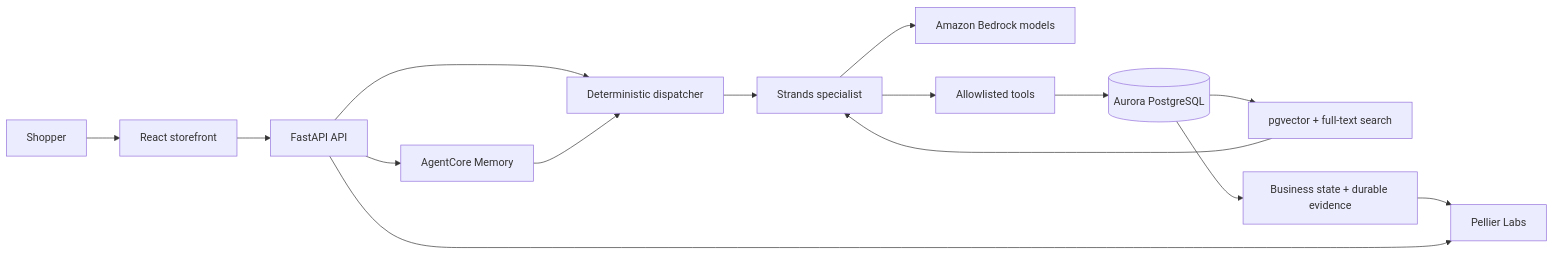
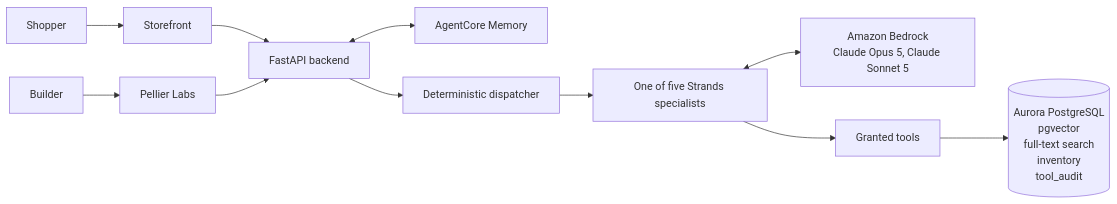
The diagram in README.md (aws-samples/sample-pellier-agentic-search-apg), drawn with Mermaid before and after one commit. The commit also changed other lines of this file, not shown here.

````diff
--- a/README.md
+++ b/README.md
@@ -160,17 +55,13 @@
 ```mermaid
 flowchart LR
-    Shopper["Shopper"] --> Storefront["React storefront"]
-    Storefront --> API["FastAPI API"]
-    API --> Dispatcher["Deterministic dispatcher"]
-    Dispatcher --> Specialist["Strands specialist"]
-    Specialist --> Bedrock["Amazon Bedrock models"]
-    Specialist --> Tools["Allowlisted tools"]
-    Tools --> Aurora[("Aurora PostgreSQL")]
-    Aurora --> Retrieval["pgvector + full-text search"]
-    Aurora --> Evidence["Business state + durable evidence"]
-    API --> Memory["AgentCore Memory"]
-    Memory --> Dispatcher
-    Retrieval --> Specialist
-    Evidence --> Labs["Pellier Labs"]
-    API --> Labs
+    shopper["Shopper"] --> store["Storefront"]
+    builder["Builder"] --> labs["Pellier Labs"]
+    store --> api["FastAPI backend"]
+    labs --> api
+    api <--> memory["AgentCore Memory"]
+    api --> dispatcher["Deterministic dispatcher"]
+    dispatcher --> specialist["One of five Strands specialists"]
+    specialist <--> bedrock["Amazon Bedrock<br/>Claude Opus 5, Claude Sonnet 5"]
+    specialist --> tools["Granted tools"]
+    tools --> aurora[("Aurora PostgreSQL<br/>pgvector<br/>full-text search<br/>inventory<br/>tool_audit")]
 ```
````
